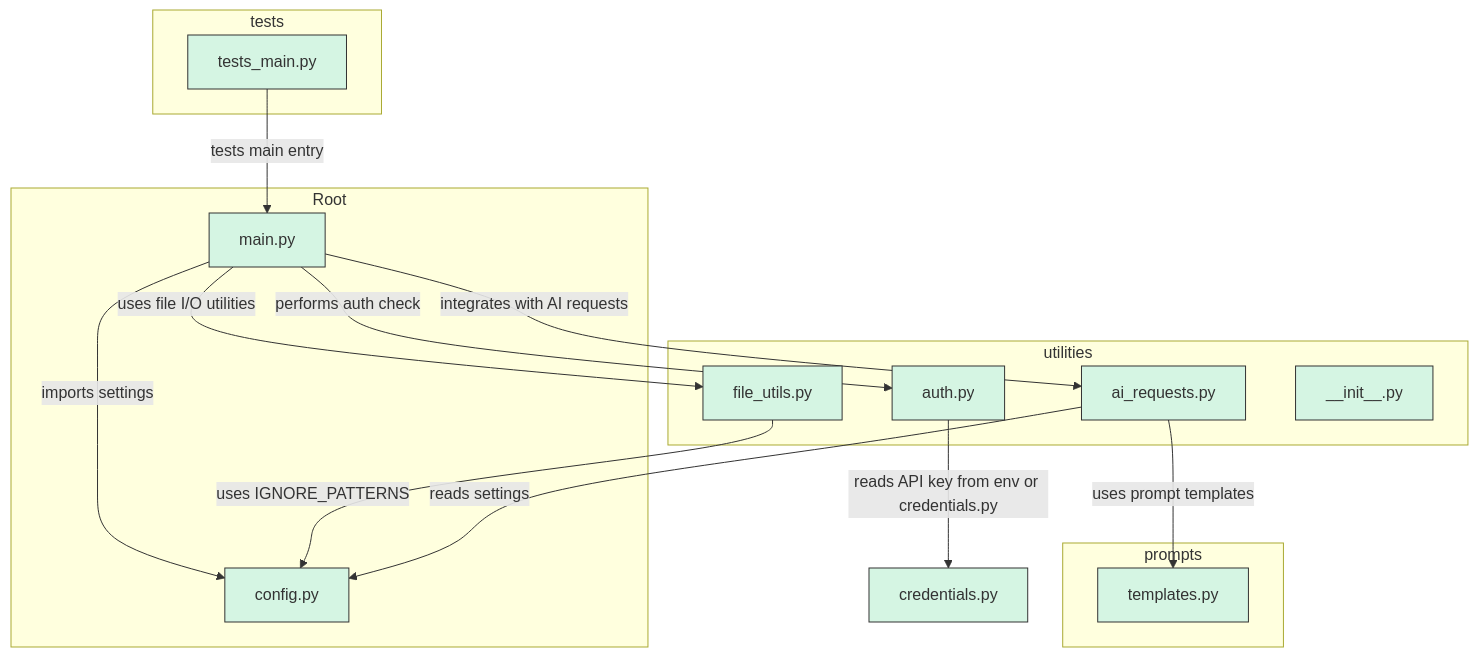
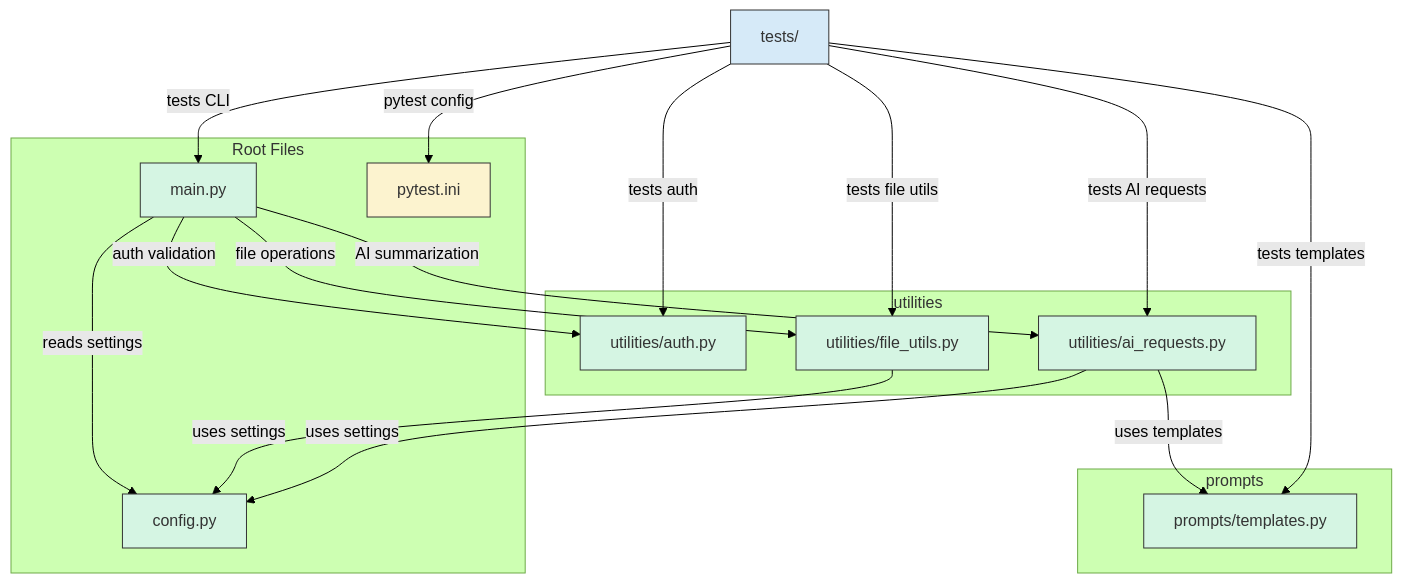
The diagram in README.md (scmgustafson/code2chart-action), drawn with Mermaid before and after one commit.

Commit message:
Add automated Mermaid to README

````diff
--- a/README.md
+++ b/README.md
@@ -4,36 +4,48 @@
 ```mermaid
-%%{init: {"theme": "default"}}%%
-graph TD
-    subgraph Root
-        CONF[config.py]
-        MAIN[main.py]
-    end
-    subgraph utilities
-        FU[file_utils.py]
-        AUTH[auth.py]
-        AIREQ[ai_requests.py]
-        INIT[__init__.py]
-    end
-    subgraph prompts
-        TEMP[templates.py]
-    end
-    subgraph tests
-        TM[tests_main.py]
-    end
-    CRED[credentials.py]
+%%{init: {"theme":"forest"}}%%
+graph TB
+  subgraph "Root Files"
+    config[config.py]
+    main[main.py]
+    ini[pytest.ini]
+  end
 
-    MAIN -->|imports settings| CONF
-    MAIN -->|uses file I/O utilities| FU
-    MAIN -->|performs auth check| AUTH
-    MAIN -->|integrates with AI requests| AIREQ
+  subgraph "utilities"
+    auth[utilities/auth.py]
+    file_utils[utilities/file_utils.py]
+    ai_requests[utilities/ai_requests.py]
+  end
 
-    FU -->|uses IGNORE_PATTERNS| CONF
-    AUTH -->|reads API key from env or credentials.py| CRED
-    AIREQ -->|reads settings| CONF
-    AIREQ -->|uses prompt templates| TEMP
+  subgraph "prompts"
+    templates[prompts/templates.py]
+  end
 
-    TM -->|tests main entry| MAIN
+  tests_dir[tests/]
 
-    classDef file fill:#d5f5e3,stroke:#333,color:#333
-    class CONF,MAIN,FU,AUTH,AIREQ,INIT,TEMP,TM,CRED file
+  %% Dependencies %%
+  main -->|reads settings| config
+  main -->|auth validation| auth
+  main -->|file operations| file_utils
+  main -->|AI summarization| ai_requests
+
+  file_utils -->|uses settings| config
+
+  ai_requests -->|uses templates| templates
+  ai_requests -->|uses settings| config
+
+  tests_dir -->|pytest config| ini
+  tests_dir -->|tests CLI| main
+  tests_dir -->|tests auth| auth
+  tests_dir -->|tests file utils| file_utils
+  tests_dir -->|tests AI requests| ai_requests
+  tests_dir -->|tests templates| templates
+
+  %% Styling %%
+  classDef pythonfile fill:#d5f5e3,stroke:#333,color:#333
+  classDef inifile fill:#fcf3cf,stroke:#333,color:#333
+  classDef dir fill:#d6eaf8,stroke:#333,color:#333
+
+  class config,main,auth,file_utils,ai_requests,templates pythonfile
+  class ini inifile
+  class tests_dir dir
 ```
````
